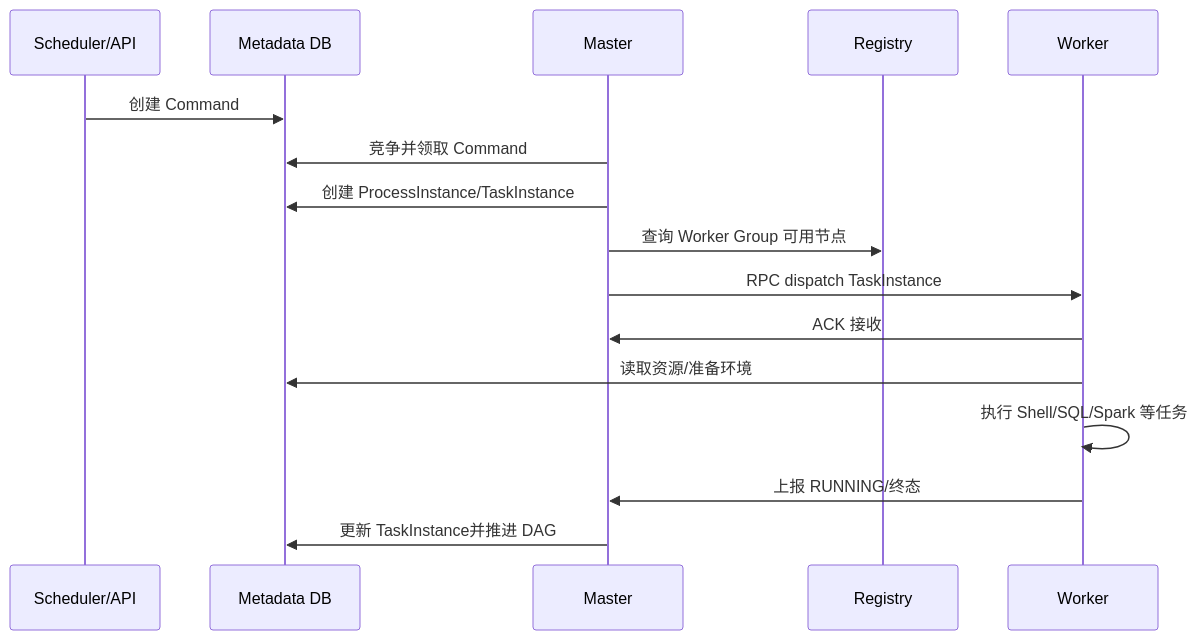
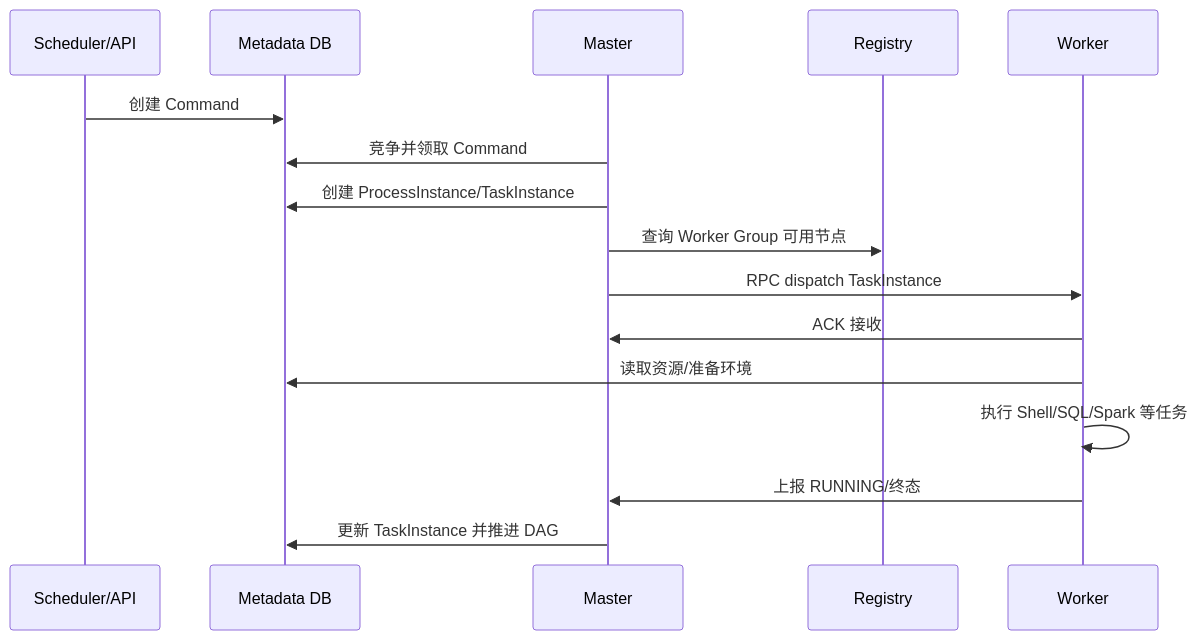
Before and after one commit to hotttao/backup: the diagram in posts/microservices/workflow/044_dolphinscheduler_task_delivery_data_model.md, drawn with Mermaid. The commit also changed other lines of this file and 23 other files, not shown here.

````diff
--- a/posts/microservices/workflow/044_dolphinscheduler_task_delivery_data_model.md
+++ b/posts/microservices/workflow/044_dolphinscheduler_task_delivery_data_model.md
@@ -35,18 +35,18 @@
 ```mermaid
 sequenceDiagram
  participant S as Scheduler/API
  participant DB as Metadata DB
  participant M as Master
  participant R as Registry
  participant W as Worker
  S->>DB: 创建 Command
  M->>DB: 竞争并领取 Command
  M->>DB: 创建 ProcessInstance/TaskInstance
  M->>R: 查询 Worker Group 可用节点
  M->>W: RPC dispatch TaskInstance
  W->>M: ACK 接收
  W->>DB: 读取资源/准备环境
  W->>W: 执行 Shell/SQL/Spark 等任务
  W->>M: 上报 RUNNING/终态
- M->>DB: 更新 TaskInstance并推进 DAG
+ M->>DB: 更新 TaskInstance 并推进 DAG
 ```
````
